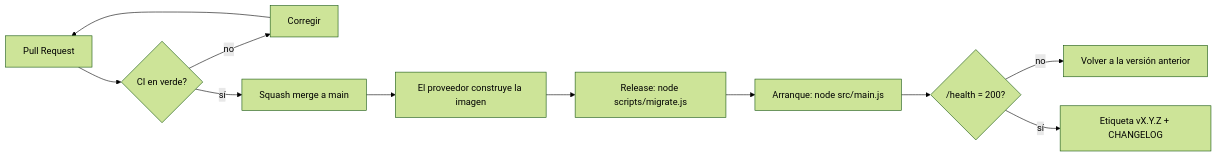
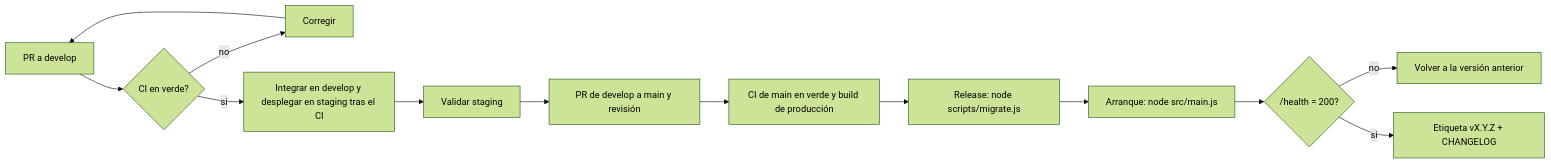
The diagram in docs/06-despliegue/despliegue.md (a-sebs/PMS_PROJECT), drawn with Mermaid (forest theme) before and after one commit. The commit also changed other lines of this file and 7 other files, not shown here.

Commit message:
ci: separar staging de develop y producción de main

````diff
--- a/docs/06-despliegue/despliegue.md
+++ b/docs/06-despliegue/despliegue.md
@@ -74,13 +71,15 @@
 ```mermaid
 flowchart LR
-    PR[Pull Request] --> CI{CI en verde?}
+    PR[PR a develop] --> CI{CI en verde?}
     CI -- no --> Fix[Corregir]
     Fix --> PR
-    CI -- sí --> Merge[Squash merge a main]
-    Merge --> Build[El proveedor construye la imagen]
+    CI -- sí --> Stage[Integrar en develop y desplegar en staging tras el CI]
+    Stage --> Verify[Validar staging]
+    Verify --> Promote[PR de develop a main y revisión]
+    Promote --> Build[CI de main en verde y build de producción]
     Build --> Release["Release: node scripts/migrate.js"]
     Release --> Start["Arranque: node src/main.js"]
     Start --> Health{"/health = 200?"}
     Health -- no --> Rollback[Volver a la versión anterior]
     Health -- sí --> Tag["Etiqueta vX.Y.Z + CHANGELOG"]
 ```
````
